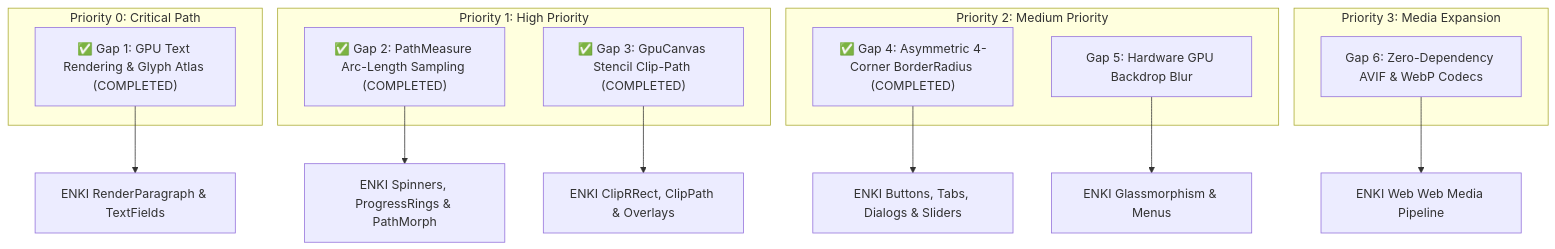
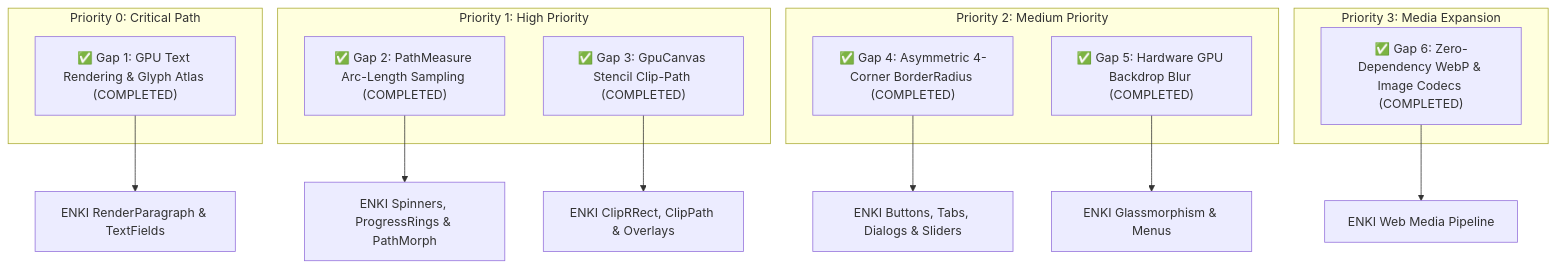
The diagram in ENKI_COMPATIBILITY_REQUIREMENTS.md (vaxp/Nisaba), drawn with Mermaid before and after one commit. The commit also changed other lines of this file and 11 other files, not shown here.

Commit message:
feat(gpu): implement hardware backdrop blur and frosted glassmorphism (Gap 5)

````diff
--- a/ENKI_COMPATIBILITY_REQUIREMENTS.md
+++ b/ENKI_COMPATIBILITY_REQUIREMENTS.md
@@ -32,24 +32,24 @@
 ```mermaid
 graph TD
     subgraph P0 [Priority 0: Critical Path]
         G1["✅ Gap 1: GPU Text Rendering & Glyph Atlas (COMPLETED)"]
     end
     subgraph P1 [Priority 1: High Priority]
         G2["✅ Gap 2: PathMeasure Arc-Length Sampling (COMPLETED)"]
         G3["✅ Gap 3: GpuCanvas Stencil Clip-Path (COMPLETED)"]
     end
     subgraph P2 [Priority 2: Medium Priority]
         G4["✅ Gap 4: Asymmetric 4-Corner BorderRadius (COMPLETED)"]
-        G5[Gap 5: Hardware GPU Backdrop Blur]
+        G5["✅ Gap 5: Hardware GPU Backdrop Blur (COMPLETED)"]
     end
     subgraph P3 [Priority 3: Media Expansion]
-        G6[Gap 6: Zero-Dependency AVIF & WebP Codecs]
+        G6["✅ Gap 6: Zero-Dependency WebP & Image Codecs (COMPLETED)"]
     end
 
     G1 --> ENKI_TEXT[ENKI RenderParagraph & TextFields]
     G2 --> ENKI_ANIM[ENKI Spinners, ProgressRings & PathMorph]
     G3 --> ENKI_CLIP[ENKI ClipRRect, ClipPath & Overlays]
     G4 --> ENKI_WIDGETS[ENKI Buttons, Tabs, Dialogs & Sliders]
     G5 --> ENKI_GLASS[ENKI Glassmorphism & Menus]
-    G6 --> ENKI_IMAGE[ENKI Web Web Media Pipeline]
+    G6 --> ENKI_IMAGE[ENKI Web Media Pipeline]
 ```
````
